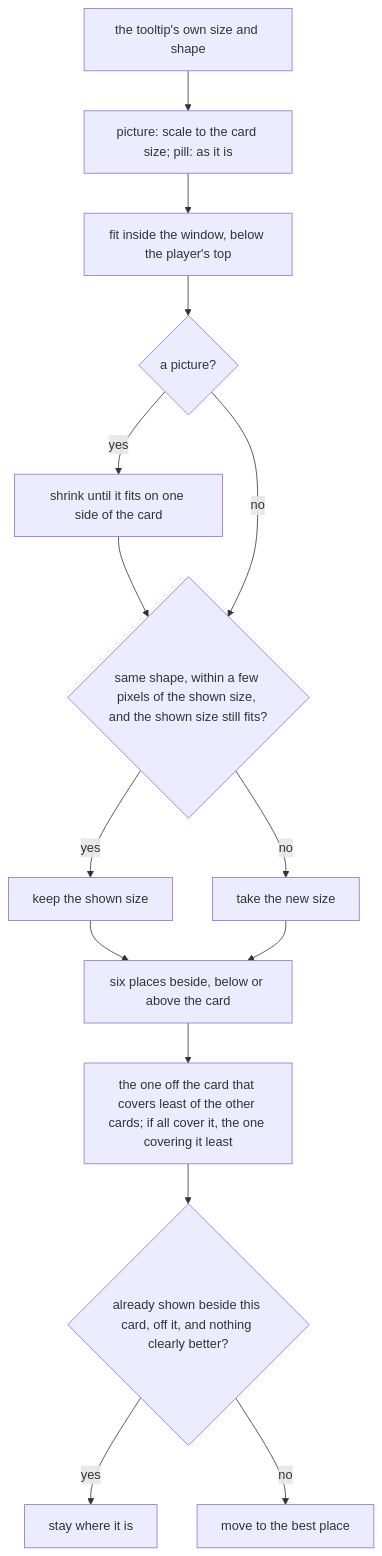
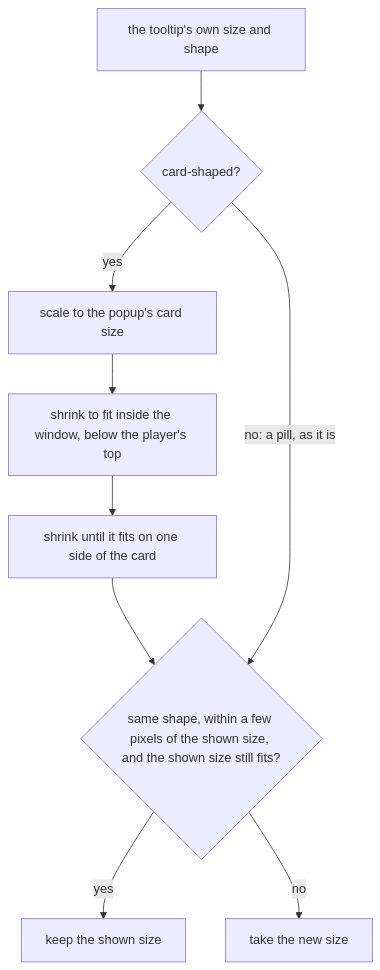
The ninth of 14 diagrams in docs/hover-map.md (ryangswe/kenbunshoku), drawn with Mermaid before and after one commit. The commit also changed other lines of this file and 4 other files, not shown here.

````diff
--- a/docs/hover-map.md
+++ b/docs/hover-map.md
@@ -332,25 +386,17 @@
 ```mermaid
 flowchart TD
   OWN["the tooltip's own size and shape"]
-  SCALE["picture: scale to the card size; pill: as it is"]
-  ROOM["fit inside the window, below the player's top"]
-  ISCARD{"a picture?"}
+  ISCARD{"card-shaped?"}
+  SCALE["scale to the popup's card size"]
+  ROOM["shrink to fit inside the window, below the player's top"]
   BESIDE["shrink until it fits on one side of the card"]
   CLOSE{"same shape, within a few pixels of the shown size, and the shown size still fits?"}
   KEEPSIZE["keep the shown size"]
   NEWSIZE["take the new size"]
-  PLACES["six places beside, below or above the card"]
-  BEST["the one off the card that covers least of the other cards; if all cover it, the one covering it least"]
-  STAY{"already shown beside this card, off it, and nothing clearly better?"}
-  HERE["stay where it is"]
-  MOVE["move to the best place"]
 
-  OWN --> SCALE --> ROOM --> ISCARD
-  ISCARD -->|yes| BESIDE --> CLOSE
-  ISCARD -->|no| CLOSE
-  CLOSE -->|yes| KEEPSIZE --> PLACES
-  CLOSE -->|no| NEWSIZE --> PLACES
-  PLACES --> BEST --> STAY
-  STAY -->|yes| HERE
-  STAY -->|no| MOVE
+  OWN --> ISCARD
+  ISCARD -->|yes| SCALE --> ROOM --> BESIDE --> CLOSE
+  ISCARD -->|"no: a pill, as it is"| CLOSE
+  CLOSE -->|yes| KEEPSIZE
+  CLOSE -->|no| NEWSIZE
 ```
````
